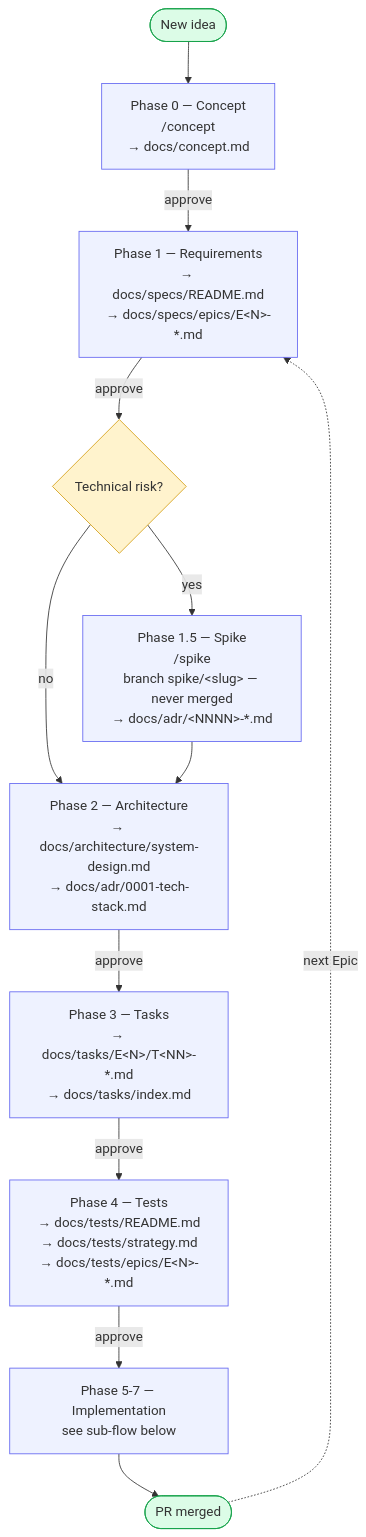
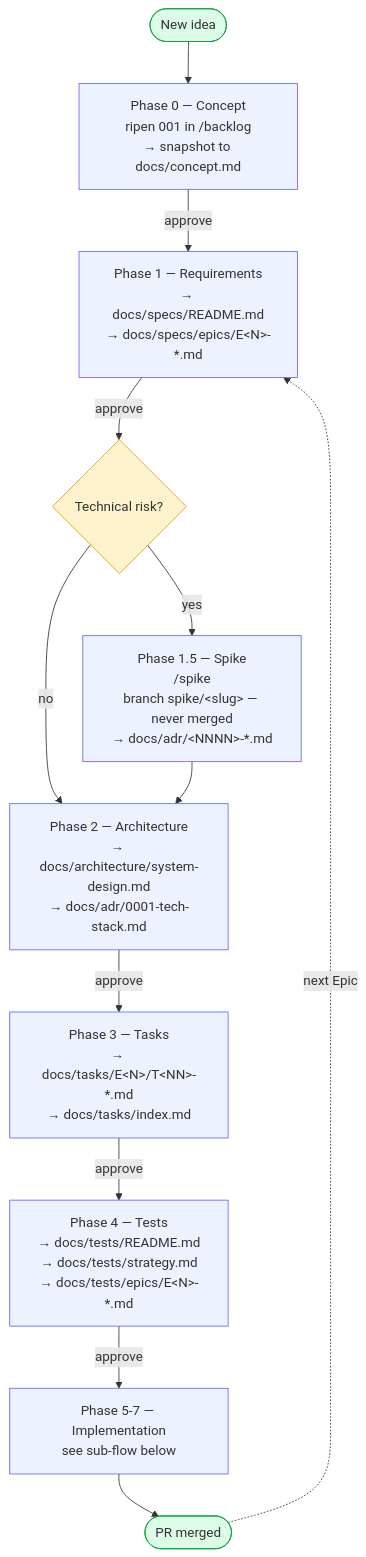
Before and after one commit to mthoatgit/project-template: the first of 2 diagrams in docs/workflow-overview.md, drawn with Mermaid. The commit also changed other lines of this file and 3 other files, not shown here.

````diff
--- a/docs/workflow-overview.md
+++ b/docs/workflow-overview.md
@@ -11,27 +11,27 @@
 ```mermaid
 flowchart TD
     Idea(["New idea"]) --> Concept
-    Concept["Phase 0 — Concept<br/>/concept<br/>→ docs/concept.md"]
+    Concept["Phase 0 — Concept<br/>ripen 001 in /backlog<br/>→ snapshot to docs/concept.md"]
     Concept -->|approve| Requirements
     Requirements["Phase 1 — Requirements<br/>→ docs/specs/README.md<br/>→ docs/specs/epics/E&lt;N&gt;-*.md"]
     Requirements -->|approve| RiskCheck{"Technical risk?"}
     RiskCheck -->|yes| Spike["Phase 1.5 — Spike<br/>/spike<br/>branch spike/&lt;slug&gt; — never merged<br/>→ docs/adr/&lt;NNNN&gt;-*.md"]
     RiskCheck -->|no| Architecture
     Spike --> Architecture
     Architecture["Phase 2 — Architecture<br/>→ docs/architecture/system-design.md<br/>→ docs/adr/0001-tech-stack.md"]
     Architecture -->|approve| Tasks
     Tasks["Phase 3 — Tasks<br/>→ docs/tasks/E&lt;N&gt;/T&lt;NN&gt;-*.md<br/>→ docs/tasks/index.md"]
     Tasks -->|approve| Tests
     Tests["Phase 4 — Tests<br/>→ docs/tests/README.md<br/>→ docs/tests/strategy.md<br/>→ docs/tests/epics/E&lt;N&gt;-*.md"]
     Tests -->|approve| Implementation
     Implementation["Phase 5-7 — Implementation<br/>see sub-flow below"]
     Implementation --> Merged(["PR merged"])
     Merged -.->|next Epic| Requirements
 
     classDef gate fill:#fff3cd,stroke:#d4a017,color:#333;
     classDef doc fill:#eef2ff,stroke:#6366f1,color:#333;
     classDef terminal fill:#dcfce7,stroke:#16a34a,color:#333;
     class RiskCheck gate;
     class Concept,Requirements,Spike,Architecture,Tasks,Tests,Implementation doc;
     class Idea,Merged terminal;
 ```
````
